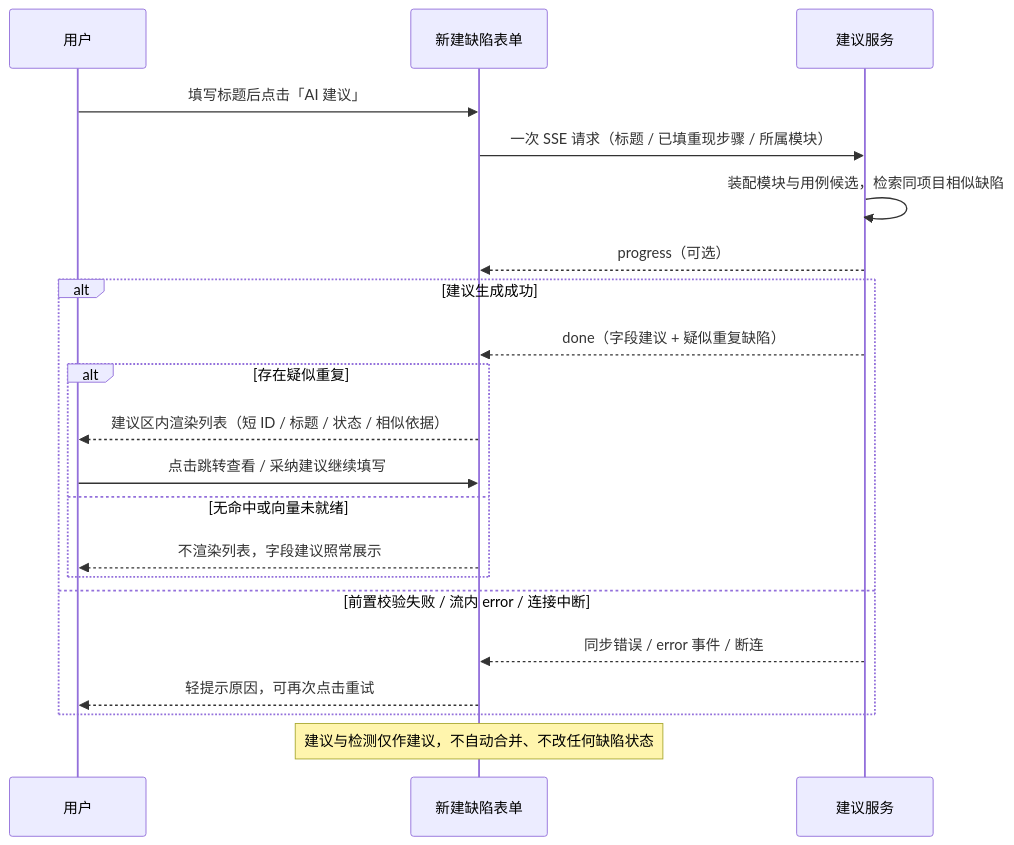
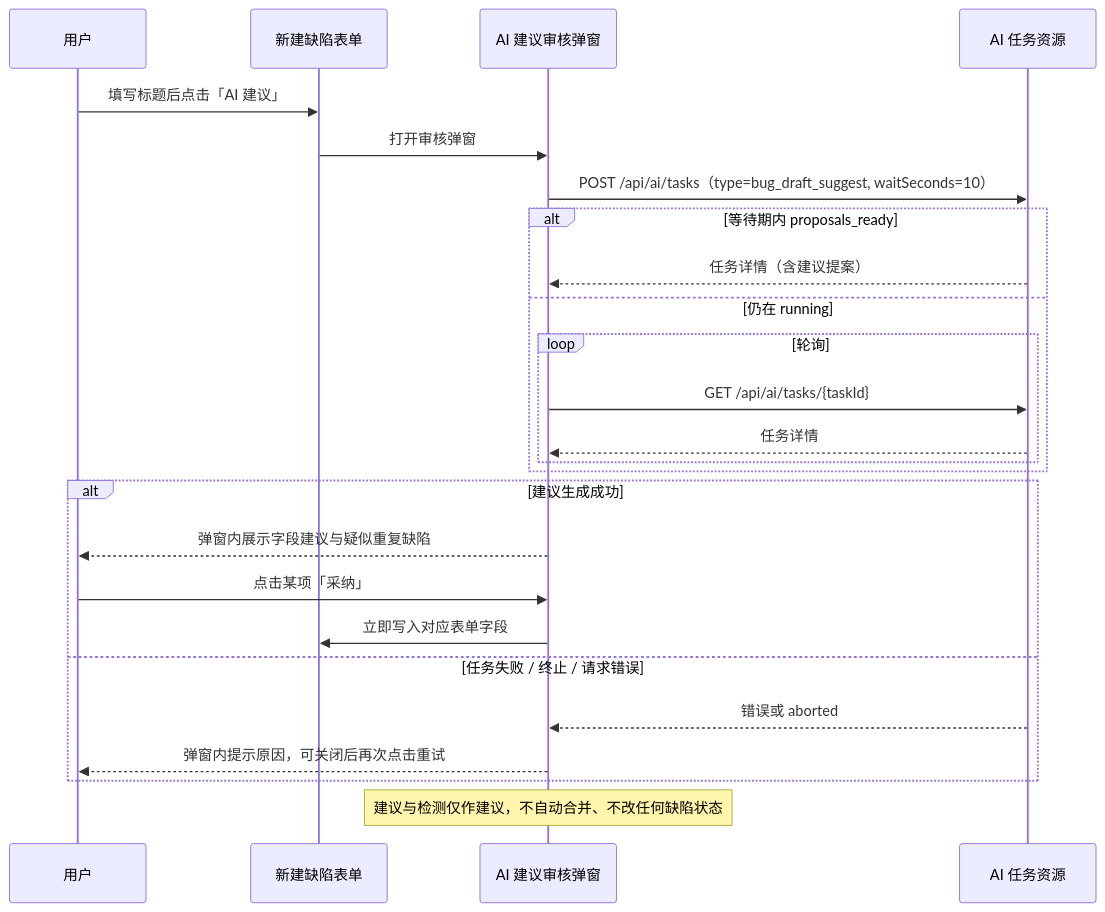
Before and after one commit to XiaoMiSum/robotest: the diagram in docs/05-interaction-design/07-ai-capability/06-defect-analysis-ui.md, drawn with Mermaid. The commit also changed other lines of this file and 35 other files, not shown here.

````diff
--- a/docs/05-interaction-design/07-ai-capability/06-defect-analysis-ui.md
+++ b/docs/05-interaction-design/07-ai-capability/06-defect-analysis-ui.md
@@ -34,23 +35,27 @@
 ```mermaid
 sequenceDiagram
   participant U as 用户
   participant F as 新建缺陷表单
-  participant S as 建议服务
+  participant D as AI 建议审核弹窗
+  participant T as AI 任务资源
   U->>F: 填写标题后点击「AI 建议」
-  F->>S: 一次 SSE 请求（标题 / 已填重现步骤 / 所属模块）
-  S->>S: 装配模块与用例候选，检索同项目相似缺陷
-  S-->>F: progress（可选）
+  F->>D: 打开审核弹窗
+  D->>T: POST /api/ai/tasks（type=bug_draft_suggest, waitSeconds=10）
+  alt 等待期内 proposals_ready
+    T-->>D: 任务详情（含建议提案）
+  else 仍在 running
+    loop 轮询
+      D->>T: GET /api/ai/tasks/{taskId}
+      T-->>D: 任务详情
+    end
+  end
   alt 建议生成成功
-    S-->>F: done（字段建议 + 疑似重复缺陷）
-    alt 存在疑似重复
-      F-->>U: 建议区内渲染列表（短 ID / 标题 / 状态 / 相似依据）
-      U->>F: 点击跳转查看 / 采纳建议继续填写
-    else 无命中或向量未就绪
-      F-->>U: 不渲染列表，字段建议照常展示
-    end
-  else 前置校验失败 / 流内 error / 连接中断
-    S-->>F: 同步错误 / error 事件 / 断连
-    F-->>U: 轻提示原因，可再次点击重试
+    D-->>U: 弹窗内展示字段建议与疑似重复缺陷
+    U->>D: 点击某项「采纳」
+    D->>F: 立即写入对应表单字段
+  else 任务失败 / 终止 / 请求错误
+    T-->>D: 错误或 aborted
+    D-->>U: 弹窗内提示原因，可关闭后再次点击重试
   end
-  Note over F: 建议与检测仅作建议，不自动合并、不改任何缺陷状态
+  Note over D: 建议与检测仅作建议，不自动合并、不改任何缺陷状态
 ```
````
